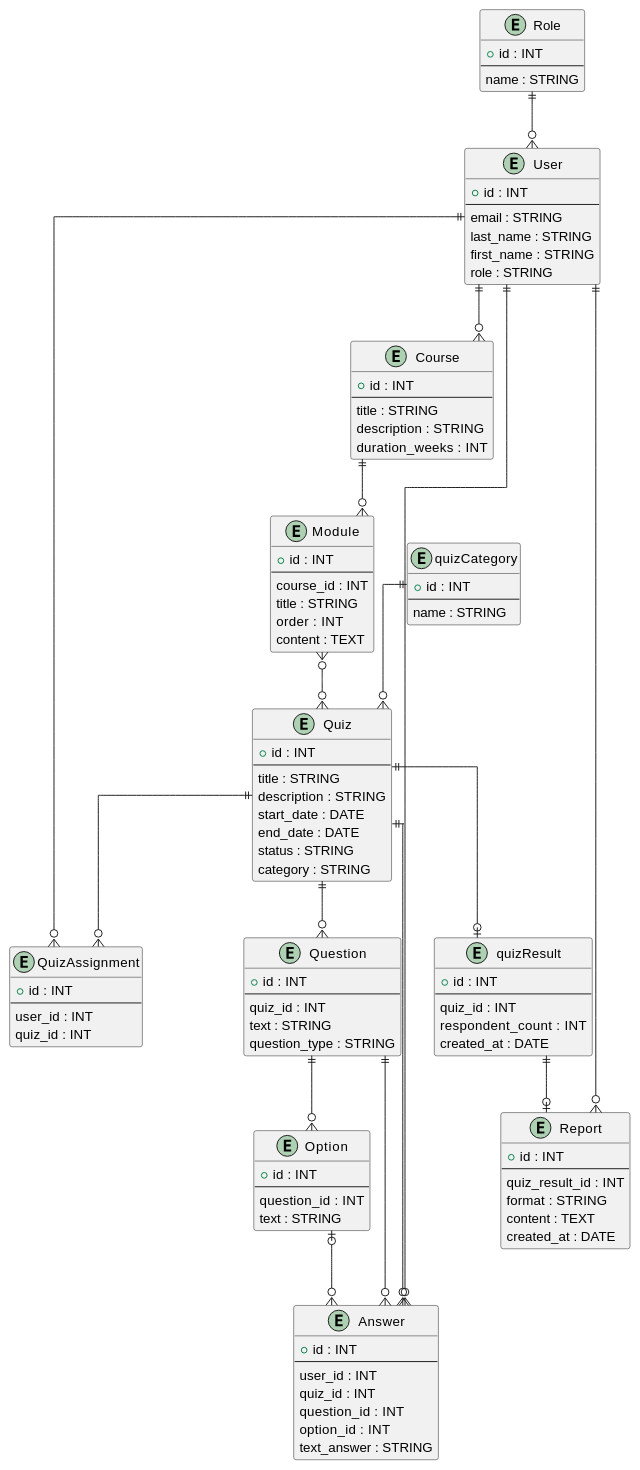
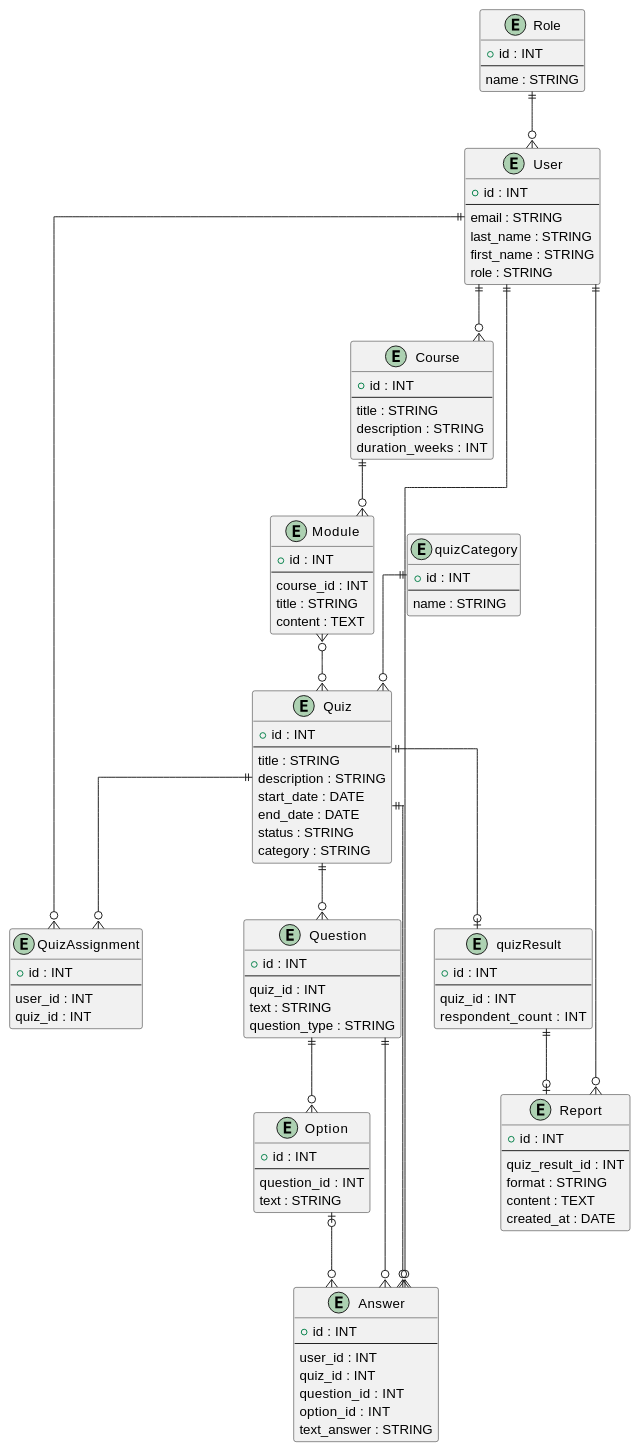
The second of 2 diagrams in docs/design/README.md (elidorbeth/edu_db_labs), drawn with PlantUML before and after one commit. The commit also changed other lines of this file and 1 other file, not shown here.

```diff
--- a/docs/design/README.md
+++ b/docs/design/README.md
@@ -239,7 +239,6 @@
   --
   course_id : INT
   title : STRING
-  order : INT
   content : TEXT
 }
 
@@ -254,7 +253,6 @@
   --
   quiz_id : INT
   respondent_count : INT
-  created_at : DATE
 }
 
 entity "Report" {
```
